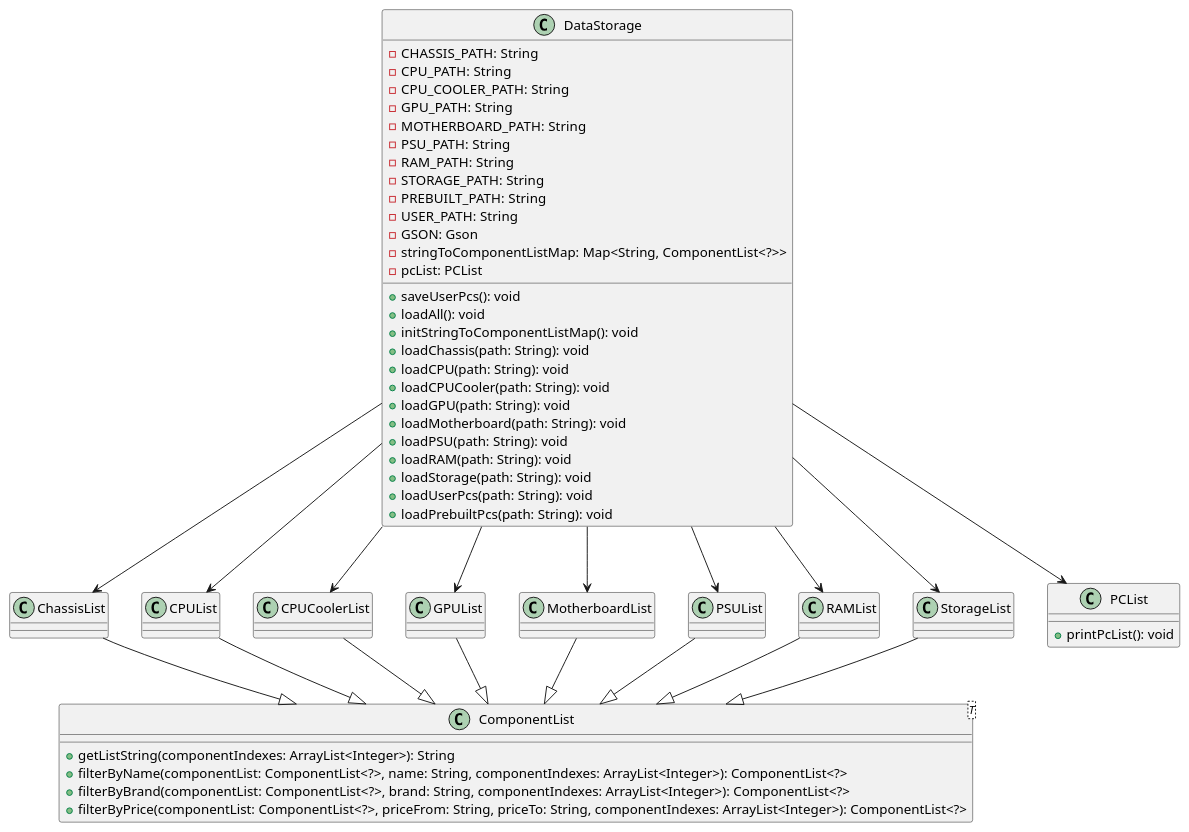
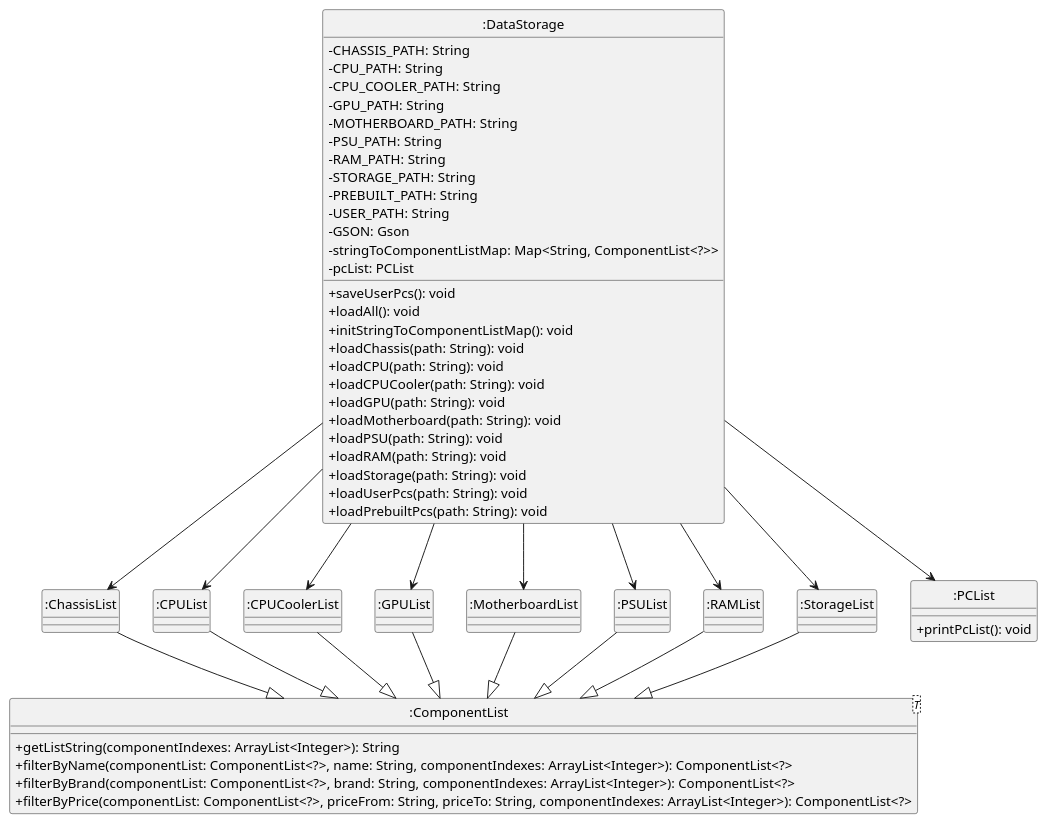
Before and after one commit to typingpanda/tp: the diagram in docs/uml-source/DataStorageClass.puml, drawn with PlantUML. The commit also changed 7 other files, not shown here.

```diff
--- a/docs/uml-source/DataStorageClass.puml
+++ b/docs/uml-source/DataStorageClass.puml
@@ -1,78 +1,81 @@
 @startuml
+skinparam classAttributeIconSize 0
 
+class ":ComponentList" as ComponentList
+class ":ChassisList" as ChassisList
+class ":CPUList" as CPUList
+class ":CPUCoolerList" as CPUCoolerList
+class ":GPUList" as GPUList
+class ":MotherboardList" as MotherboardList
+class ":PSUList" as PSUList
+class ":RAMList" as RAMList
+class ":StorageList" as StorageList
+class ":PCList" as PCList
+class ":DataStorage" as DataStorage
 
 class ComponentList<T> {
     + getListString(componentIndexes: ArrayList<Integer>): String
     + filterByName(componentList: ComponentList<?>, name: String, componentIndexes: ArrayList<Integer>): ComponentList<?>
     + filterByBrand(componentList: ComponentList<?>, brand: String, componentIndexes: ArrayList<Integer>): ComponentList<?>
     + filterByPrice(componentList: ComponentList<?>, priceFrom: String, priceTo: String, componentIndexes: ArrayList<Integer>): ComponentList<?>
 }
-
-
-
-class ChassisList
-class CPUList
-class CPUCoolerList
-class GPUList
-class MotherboardList
-class PSUList
-class RAMList
-class StorageList
 
 ChassisList --|> ComponentList
 CPUList --|> ComponentList
 CPUCoolerList --|> ComponentList
 GPUList --|> ComponentList
 MotherboardList --|> ComponentList
 PSUList --|> ComponentList
 RAMList --|> ComponentList
 StorageList --|> ComponentList
 
 
 class PCList {
     + printPcList(): void
 }
 
 
 
 class DataStorage {
     - CHASSIS_PATH: String
     - CPU_PATH: String
     - CPU_COOLER_PATH: String
     - GPU_PATH: String
     - MOTHERBOARD_PATH: String
     - PSU_PATH: String
     - RAM_PATH: String
     - STORAGE_PATH: String
     - PREBUILT_PATH: String
     - USER_PATH: String
     - GSON: Gson
     - stringToComponentListMap: Map<String, ComponentList<?>>
     - pcList: PCList
     + saveUserPcs(): void
     + loadAll(): void
     + initStringToComponentListMap(): void
     + loadChassis(path: String): void
     + loadCPU(path: String): void
     + loadCPUCooler(path: String): void
     + loadGPU(path: String): void
     + loadMotherboard(path: String): void
     + loadPSU(path: String): void
     + loadRAM(path: String): void
     + loadStorage(path: String): void
     + loadUserPcs(path: String): void
     + loadPrebuiltPcs(path: String): void
 }
 
 
 DataStorage --> ChassisList
 DataStorage --> CPUList
 DataStorage --> CPUCoolerList
 DataStorage --> GPUList
 DataStorage --> MotherboardList
 DataStorage --> PSUList
 DataStorage --> RAMList
 DataStorage --> StorageList
 DataStorage --> PCList
 
+hide class circle
+
 @enduml
```
